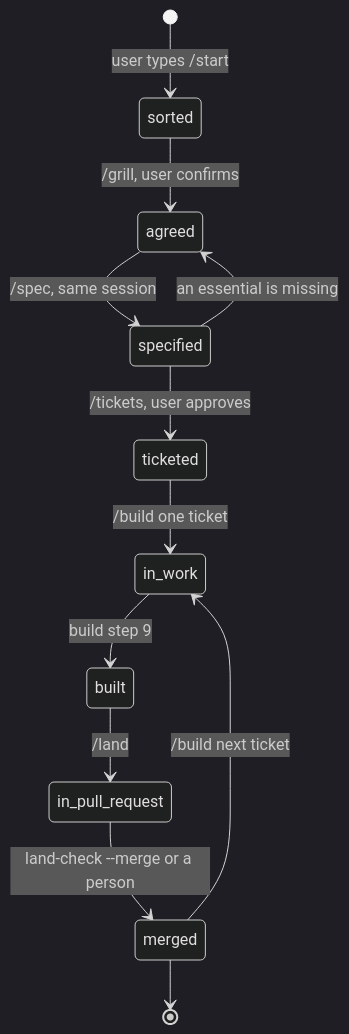
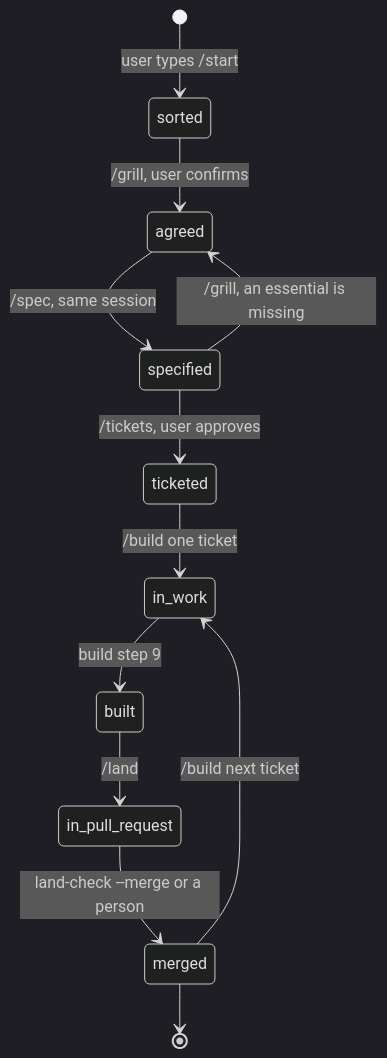
One commit to serhii12/sstack changed the diagram in skills/start/STATES.md. Above: the diagram before and after it, drawn with Mermaid (dark theme). The commit also changed other lines of this file and 1 other file, not shown here.

````diff
--- a/skills/start/STATES.md
+++ b/skills/start/STATES.md
@@ -22,14 +22,14 @@
 ```mermaid
 stateDiagram-v2
   [*] --> sorted: user types /start
   sorted --> agreed: /grill, user confirms
   agreed --> specified: /spec, same session
-  specified --> agreed: an essential is missing
+  specified --> agreed: /grill, an essential is missing
   specified --> ticketed: /tickets, user approves
   ticketed --> in_work: /build one ticket
   in_work --> built: build step 9
   built --> in_pull_request: /land
   in_pull_request --> merged: land-check --merge or a person
   merged --> in_work: /build next ticket
   merged --> [*]
 ```
````
